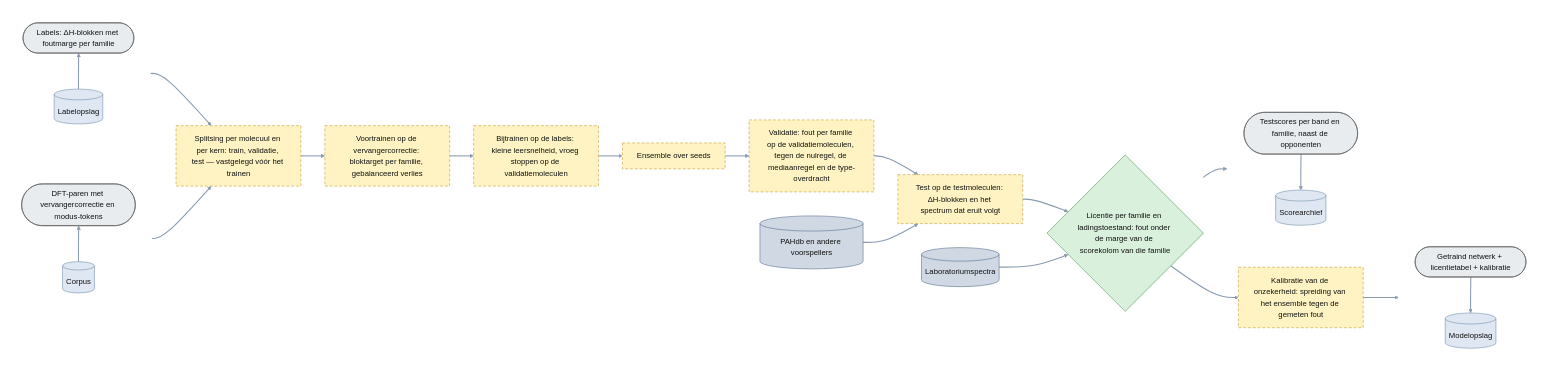
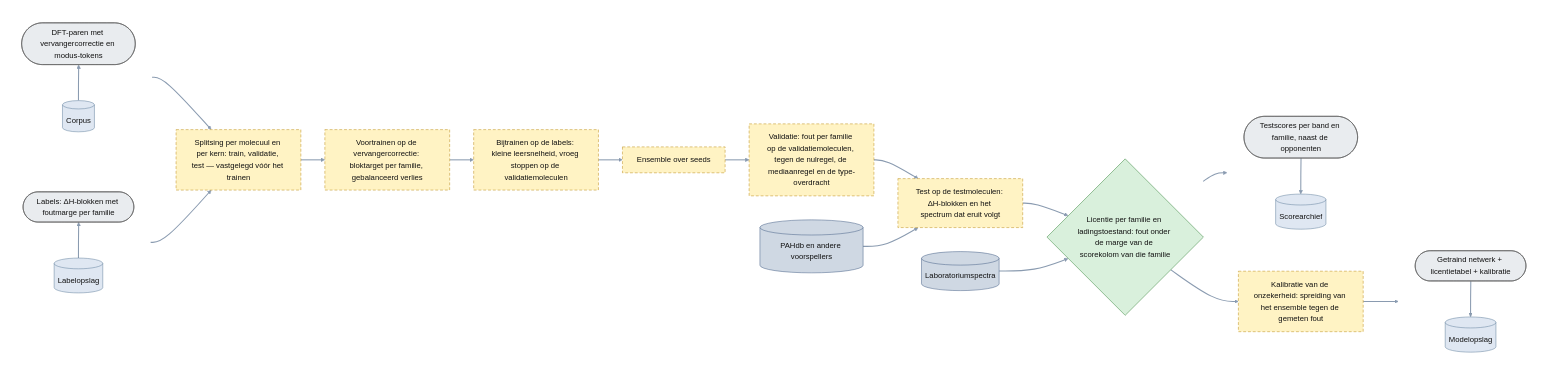
One commit to thebreadishard/udacity-capstone-plan changed the diagram in plans/05_delta-probed-ir-pipeline/GoalGathering/architecture/20_training_validatie_test.mmd. Above: the diagram before and after it, drawn with Mermaid. The commit also changed 5 other files, not shown here.

Commit message:
Plan 05 architecture: external edges attached to the store/data-object groups so that Mermaid honours their vertical direction (store below the data object)

```diff
--- a/plans/05_delta-probed-ir-pipeline/GoalGathering/architecture/20_training_validatie_test.mmd
+++ b/plans/05_delta-probed-ir-pipeline/GoalGathering/architecture/20_training_validatie_test.mmd
@@ -1,56 +1,56 @@
 %% Training, validatie en test (niveau 3): uit corpus en labels komt een getraind netwerk met een licentietabel. Nog niet begonnen.
 %% Rechthoek = processtap; ronde uiteinden = data-object; cilinder = opslag (onder het data-object); ruit = poort. Gestippeld = nog niet gebouwd.
 flowchart LR
   linkStyle default stroke:#8a9bb0,stroke-width:2.2px
   classDef planned stroke-dasharray: 6 4,stroke:#b8860b,fill:#fff3c4,color:#111
   classDef data fill:#e9ecef,stroke:#555,color:#111
   classDef gate fill:#d9f0dc,stroke:#2e7d32,color:#111
   classDef store fill:#dfe7f2,stroke:#5b7a99,color:#111
   classDef ext fill:#cfd8e3,stroke:#3d5a80,color:#111
 
   subgraph IN1 [" "]
     direction BT
     PROXY(["DFT-paren met vervangercorrectie en modus-tokens"]):::data
     CORPUS[("Corpus")]:::store
     CORPUS --> PROXY
   end
   subgraph IN2 [" "]
     direction BT
     LAB(["Labels: ΔH-blokken met foutmarge per familie"]):::data
     LABELS[("Labelopslag")]:::store
     LABELS --> LAB
   end
   SPLIT["Splitsing per molecuul en per kern: train, validatie, test — vastgelegd vóór het trainen"]:::planned
   PRE["Voortrainen op de vervangercorrectie: bloktarget per familie, gebalanceerd verlies"]:::planned
   FT["Bijtrainen op de labels: kleine leersnelheid, vroeg stoppen op de validatiemoleculen"]:::planned
   ENS["Ensemble over seeds"]:::planned
   VAL["Validatie: fout per familie op de validatiemoleculen, tegen de nulregel, de mediaanregel en de type-overdracht"]:::planned
   TEST["Test op de testmoleculen: ΔH-blokken en het spectrum dat eruit volgt"]:::planned
   LABDB[("Laboratoriumspectra")]:::ext
   PAHDB[("PAHdb en andere voorspellers")]:::ext
   SCORE{"Licentie per familie en ladingstoestand: fout onder de marge van de scorekolom van die familie"}:::gate
   CAL["Kalibratie van de onzekerheid: spreiding van het ensemble tegen de gemeten fout"]:::planned
   subgraph OUT [" "]
     direction TB
     MODEL(["Getraind netwerk + licentietabel + kalibratie"]):::data
     MODELS[("Modelopslag")]:::store
     MODEL --> MODELS
   end
   subgraph OUT2 [" "]
     direction TB
     RES(["Testscores per band en familie, naast de opponenten"]):::data
     RESS[("Scorearchief")]:::store
     RES --> RESS
   end
   style IN1 fill:none,stroke:none
   style IN2 fill:none,stroke:none
   style OUT fill:none,stroke:none
   style OUT2 fill:none,stroke:none
 
-  PROXY --> SPLIT
-  LAB --> SPLIT
+  IN1 --> SPLIT
+  IN2 --> SPLIT
   SPLIT --> PRE --> FT --> ENS --> VAL --> TEST --> SCORE
   LABDB --> SCORE
   PAHDB --> TEST
-  SCORE --> RES
-  SCORE --> CAL --> MODEL
+  SCORE --> OUT2
+  SCORE --> CAL --> OUT
```
